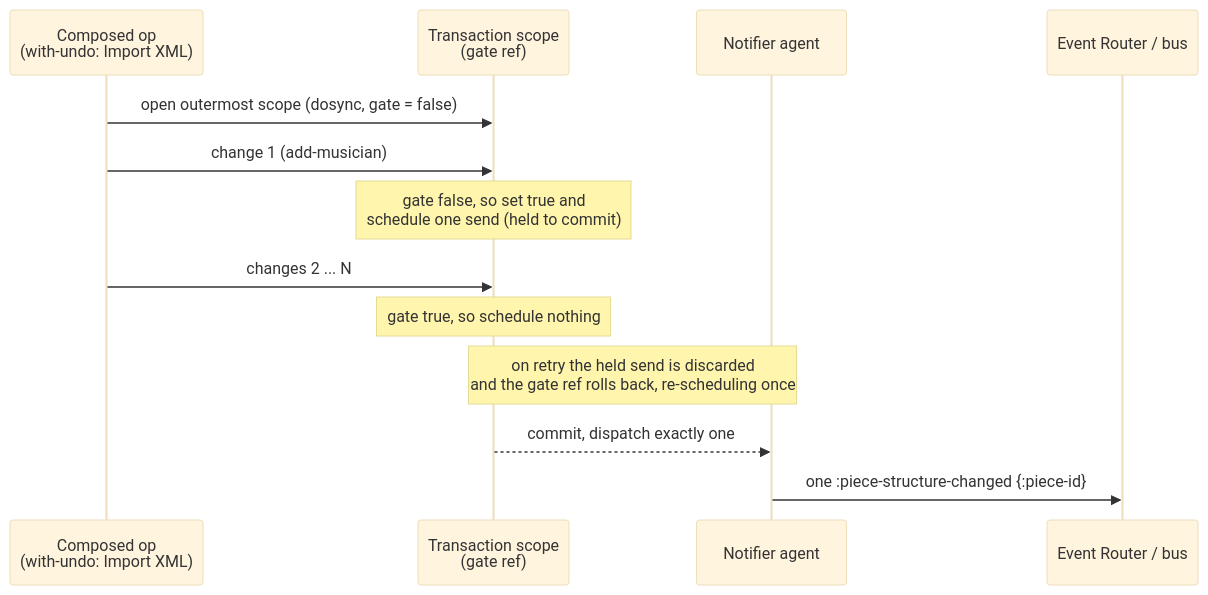
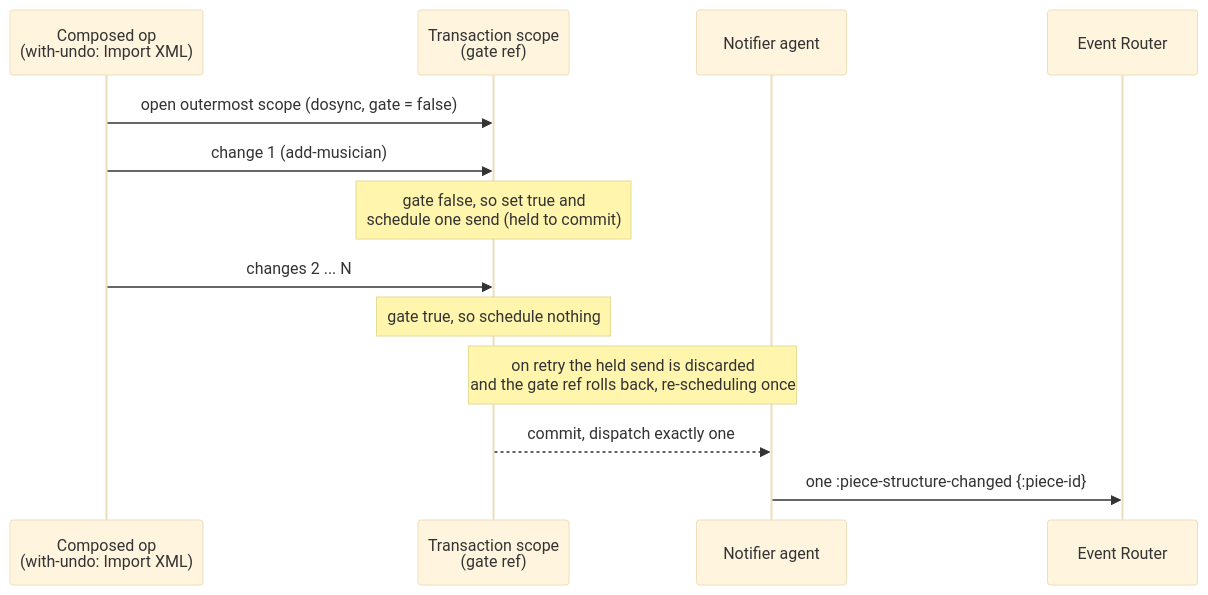
The second of 2 diagrams in ADRs/0052-Change-Detection-and-Event-Generation.md (PeterBengtson/Ooloi-docs), drawn with Mermaid (base theme) before and after one commit. The commit also changed other lines of this file and 1 other file, not shown here.

````diff
--- a/ADRs/0052-Change-Detection-and-Event-Generation.md
+++ b/ADRs/0052-Change-Detection-and-Event-Generation.md
@@ -176,16 +176,16 @@
 ```mermaid
 sequenceDiagram
     participant OP as Composed op<br/>(with-undo: Import XML)
     participant SC as Transaction scope<br/>(gate ref)
     participant AG as Notifier agent
-    participant ER as Event Router / bus
+    participant ER as Event Router
 
     OP->>SC: open outermost scope (dosync, gate = false)
     OP->>SC: change 1 (add-musician)
     Note over SC: gate false, so set true and<br/>schedule one send (held to commit)
     OP->>SC: changes 2 ... N
     Note over SC: gate true, so schedule nothing
     Note over SC,AG: on retry the held send is discarded<br/>and the gate ref rolls back, re-scheduling once
     SC-->>AG: commit, dispatch exactly one
     AG->>ER: one :piece-structure-changed {:piece-id}
 ```
````
